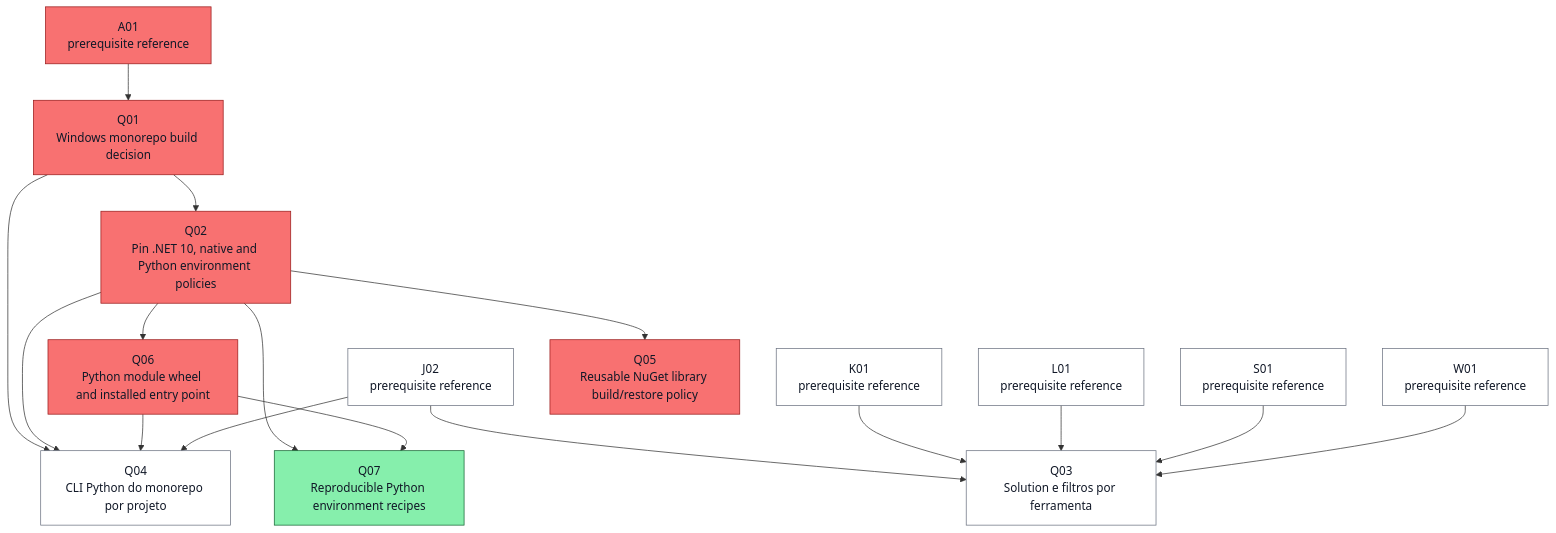
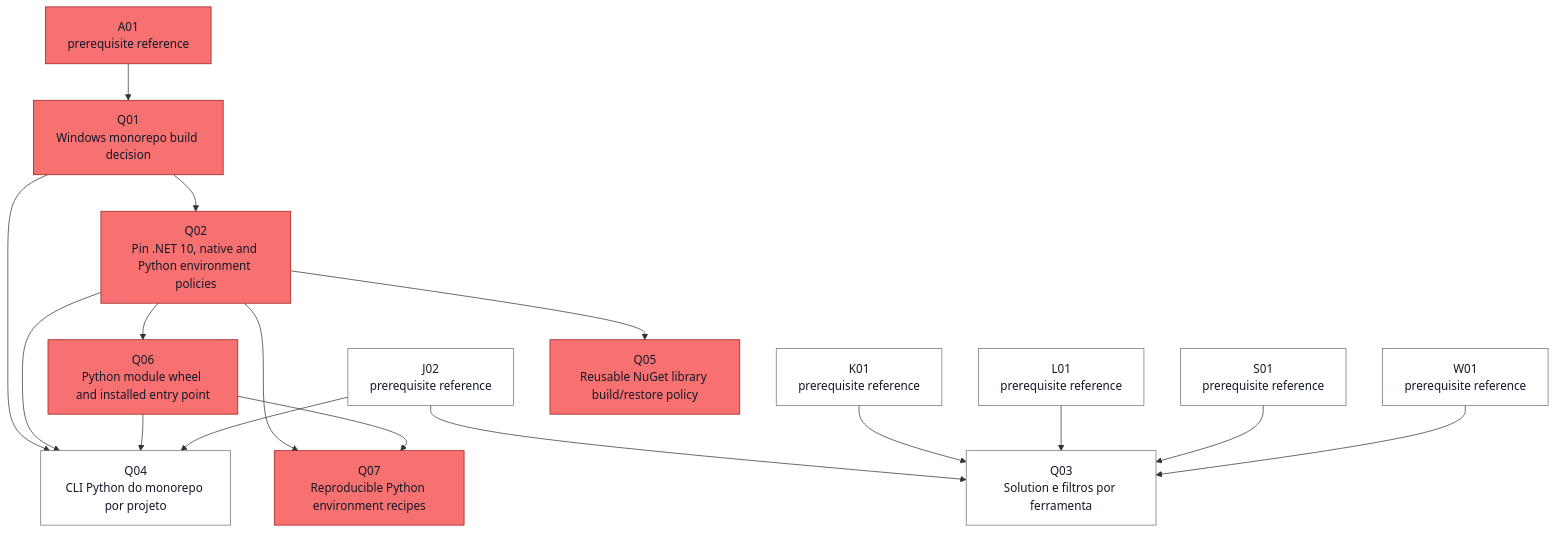
Diagram 18 of 25 in docs/task-dependencies.md (ocarizr/spaceraiders), drawn with Mermaid before and after one commit. The commit also changed other lines of this file and 9 other files, not shown here.

First line of the commit message:
build(Q07): add reproducible environment recipes and health checks (#20)

````diff
--- a/docs/task-dependencies.md
+++ b/docs/task-dependencies.md
@@ -877,34 +876,34 @@
 ```mermaid
 flowchart TD
     ref_Q_A01["A01<br/>prerequisite reference"]:::done
     ref_Q_J02["J02<br/>prerequisite reference"]:::pending
     ref_Q_K01["K01<br/>prerequisite reference"]:::pending
     ref_Q_L01["L01<br/>prerequisite reference"]:::pending
     ref_Q_S01["S01<br/>prerequisite reference"]:::pending
     ref_Q_W01["W01<br/>prerequisite reference"]:::pending
     Q01["Q01<br/>Windows monorepo build decision"]:::done
     Q02["Q02<br/>Pin .NET 10, native and Python environment policies"]:::done
     Q03["Q03<br/>Solution e filtros por ferramenta"]:::pending
     Q04["Q04<br/>CLI Python do monorepo por projeto"]:::pending
     Q05["Q05<br/>Reusable NuGet library build/restore policy"]:::done
     Q06["Q06<br/>Python module wheel and installed entry point"]:::done
-    Q07["Q07<br/>Reproducible Python environment recipes"]:::ready
+    Q07["Q07<br/>Reproducible Python environment recipes"]:::done
     ref_Q_A01 --> Q01
     Q01 --> Q02
     ref_Q_J02 --> Q03
     ref_Q_K01 --> Q03
     ref_Q_L01 --> Q03
     ref_Q_S01 --> Q03
     ref_Q_W01 --> Q03
     Q01 --> Q04
     Q02 --> Q04
     Q06 --> Q04
     ref_Q_J02 --> Q04
     Q02 --> Q05
     Q02 --> Q06
     Q02 --> Q07
     Q06 --> Q07
     classDef pending fill:#ffffff,stroke:#6b7280,color:#111827
     classDef ready fill:#86efac,stroke:#166534,color:#111827
     classDef done fill:#f87171,stroke:#991b1b,color:#111827
 ```
````
